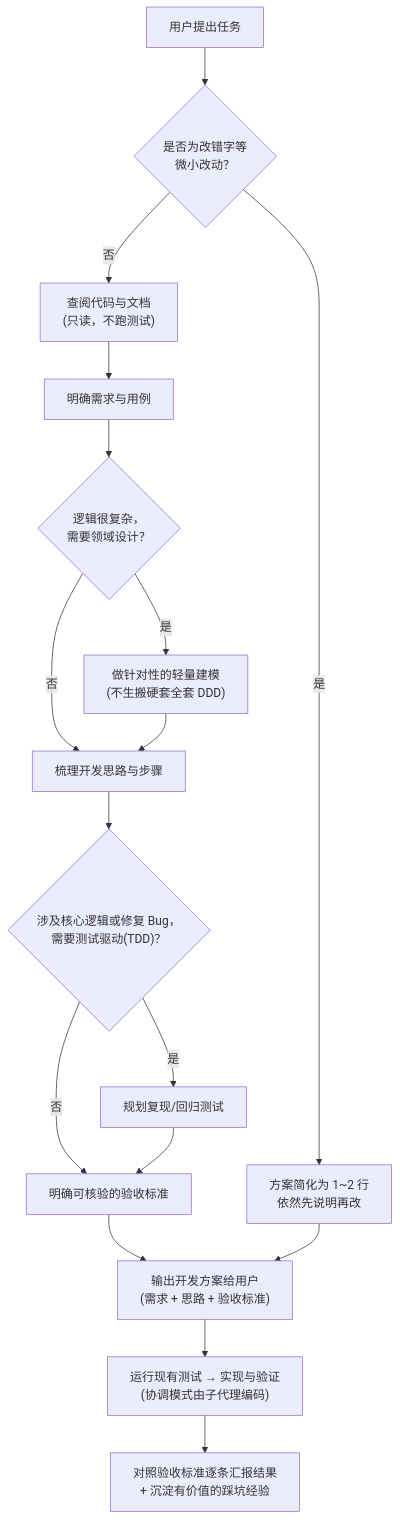
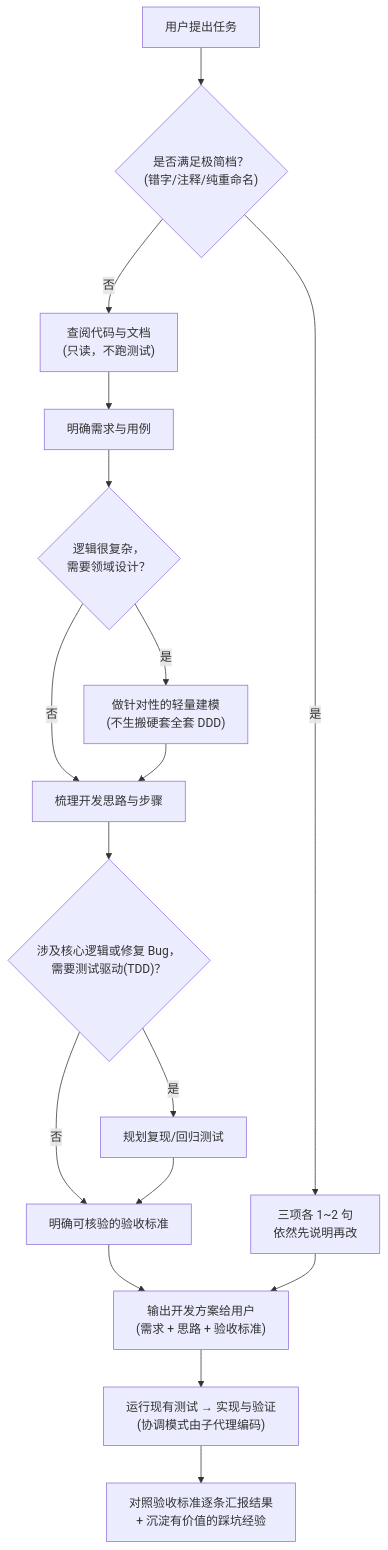
Before and after one commit to stackJx/navigate-software-development: the diagram in README.md, drawn with Mermaid. The commit also changed other lines of this file and 9 other files, not shown here.

````diff
--- a/README.md
+++ b/README.md
@@ -19,19 +19,19 @@
 ```mermaid
 flowchart TD
-    A["用户提出任务"] --> Q{"是否为改错字等<br/>微小改动？"}
-    Q -- "是" --> S["方案简化为 1~2 行<br/>依然先说明再改"]
+    A["用户提出任务"] --> Q{"是否满足极简档？<br/>(错字/注释/纯重命名)"}
+    Q -- "是" --> S["三项各 1~2 句<br/>依然先说明再改"]
     Q -- "否" --> X["查阅代码与文档<br/>(只读，不跑测试)"]
     X --> R["明确需求与用例"]
     R --> D{"逻辑很复杂，<br/>需要领域设计？"}
     D -- "是" --> DD["做针对性的轻量建模<br/>(不生搬硬套全套 DDD)"]
     D -- "否" --> P["梳理开发思路与步骤"]
     DD --> P
     P --> T{"涉及核心逻辑或修复 Bug，<br/>需要测试驱动(TDD)？"}
     T -- "是" --> TS["规划复现/回归测试"]
     T -- "否" --> A1["明确可核验的验收标准"]
     TS --> A1
     A1 --> G["输出开发方案给用户<br/>(需求 + 思路 + 验收标准)"]
     S --> G
     G --> B["运行现有测试 → 实现与验证<br/>(协调模式由子代理编码)"]
     B --> O["对照验收标准逐条汇报结果<br/>+ 沉淀有价值的踩坑经验"]
 ```
````
